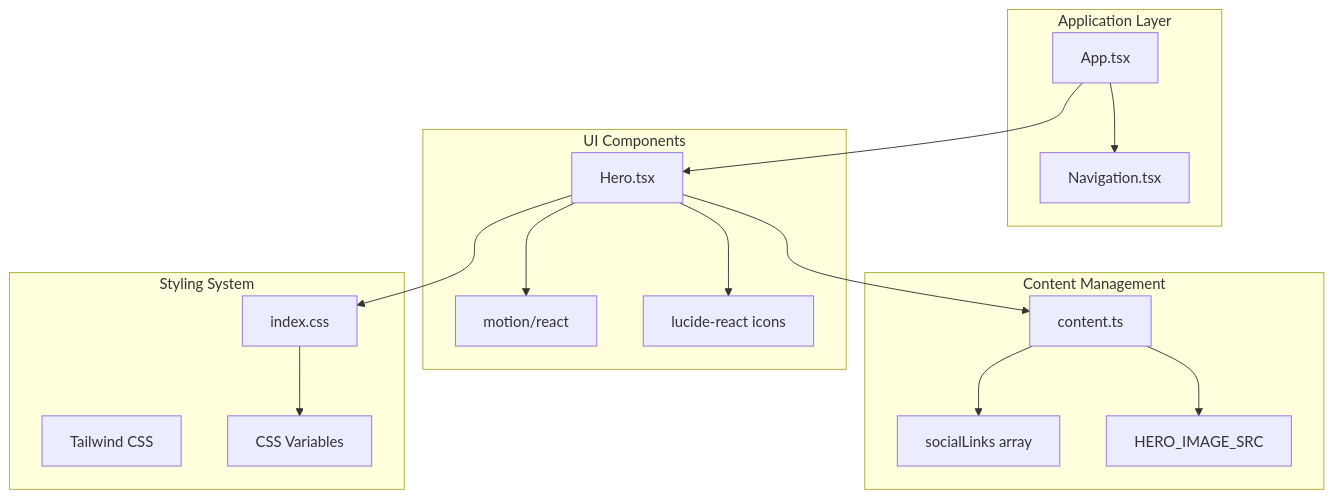
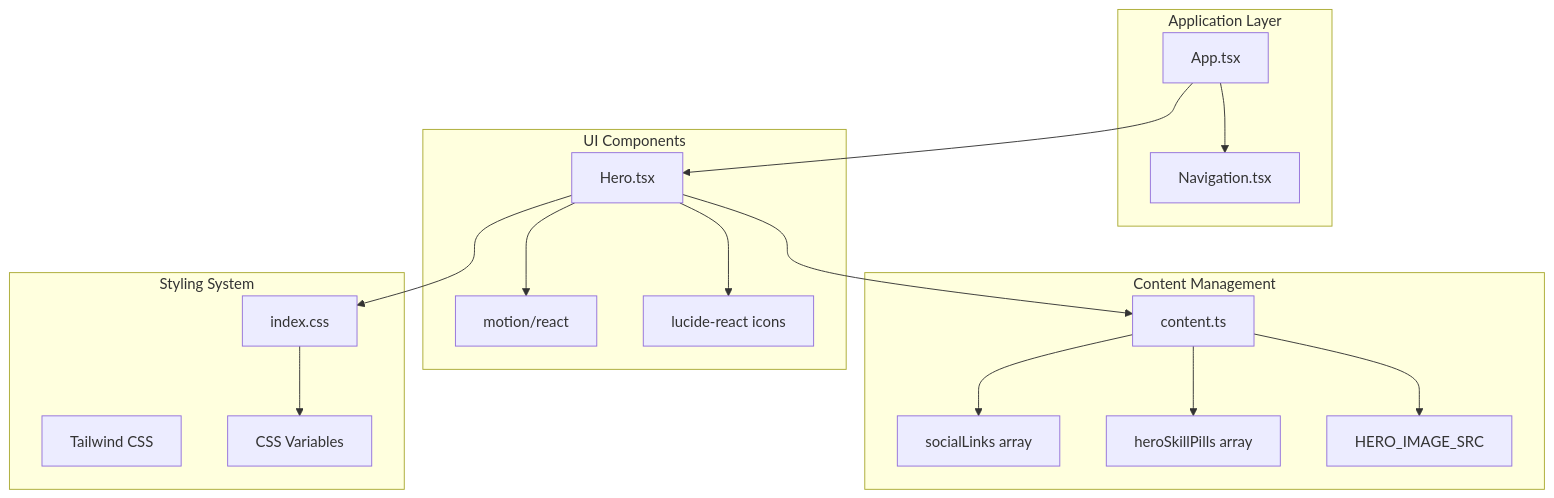
The first of 6 diagrams in .qoder/repowiki/en/content/Component Library & UI Elements/Hero Component.md (subash7781/Portfolio), drawn with Mermaid before and after one commit. The commit also changed other lines of this file and 8 other files, not shown here.

````diff
--- a/.qoder/repowiki/en/content/Component Library & UI Elements/Hero Component.md
+++ b/.qoder/repowiki/en/content/Component Library & UI Elements/Hero Component.md
@@ -31,31 +40,33 @@
 ```mermaid
 graph TB
 subgraph "Application Layer"
 App[App.tsx]
 Navigation[Navigation.tsx]
 end
 subgraph "Content Management"
 Content[content.ts]
 SocialLinks[socialLinks array]
+HeroSkillPills[heroSkillPills array]
 HeroImage[HERO_IMAGE_SRC]
 end
 subgraph "UI Components"
 Hero[Hero.tsx]
 Motion[motion/react]
 Icons[lucide-react icons]
 end
 subgraph "Styling System"
 CSS[index.css]
 Tailwind[Tailwind CSS]
 Theme[CSS Variables]
 end
 App --> Hero
 App --> Navigation
 Hero --> Content
 Hero --> Motion
 Hero --> Icons
 Hero --> CSS
 Content --> SocialLinks
+Content --> HeroSkillPills
 Content --> HeroImage
 CSS --> Theme
 ```
````
